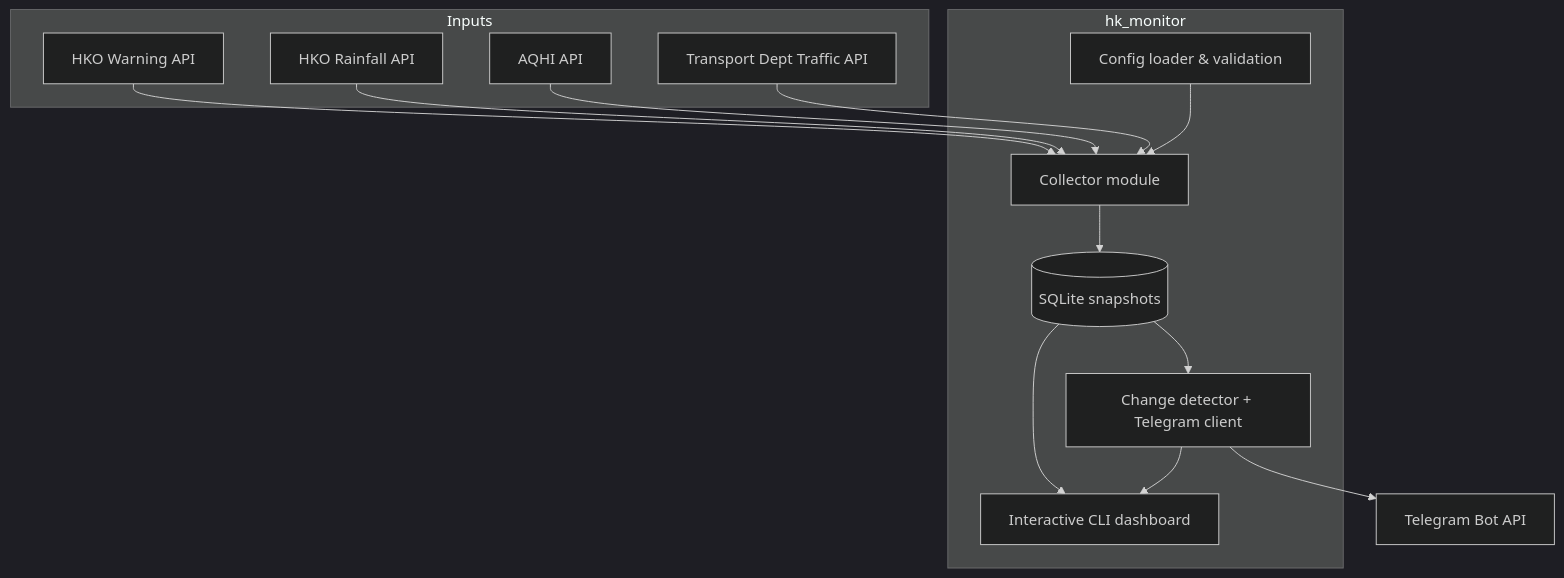
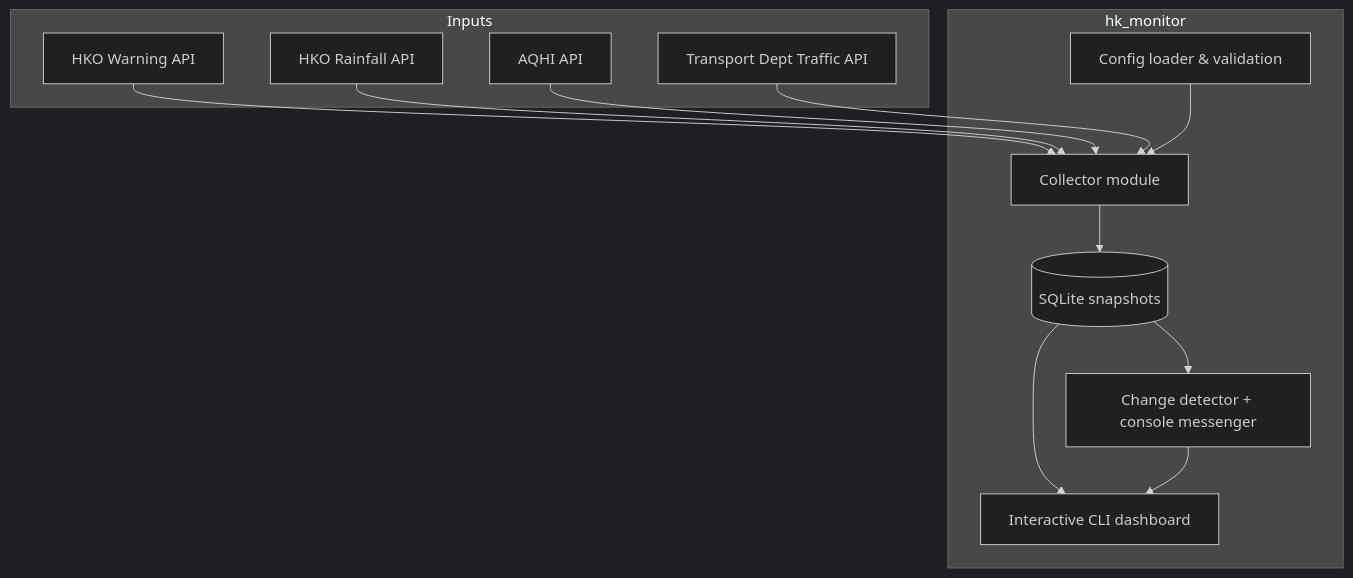
The diagram in Final Project/docs/architecture.md (albertoquiroga-ctrl/exchange-programming), drawn with Mermaid (dark theme) before and after one commit. The commit also changed other lines of this file and 15 other files, not shown here.

````diff
--- a/Final Project/docs/architecture.md
+++ b/Final Project/docs/architecture.md
@@ -3,29 +3,28 @@
 ```mermaid
 graph TD
     subgraph Inputs
         HKO_WARN["HKO Warning API"]
         HKO_RAIN["HKO Rainfall API"]
         HKO_AQHI["AQHI API"]
         TD_TRAFFIC["Transport Dept Traffic API"]
     end
 
     subgraph hk_monitor
         CFG["Config loader & validation"]
         COLLECT["Collector module"]
         DB[("SQLite snapshots")]
-        ALERTS["Change detector + Telegram client"]
+        ALERTS["Change detector + console messenger"]
         CLI["Interactive CLI dashboard"]
     end
 
     HKO_WARN --> COLLECT
     HKO_RAIN --> COLLECT
     HKO_AQHI --> COLLECT
     TD_TRAFFIC --> COLLECT
 
     CFG --> COLLECT
     COLLECT --> DB
     DB --> CLI
     DB --> ALERTS
     ALERTS --> CLI
-    ALERTS --> TELEGRAM["Telegram Bot API"]
 ```
````
